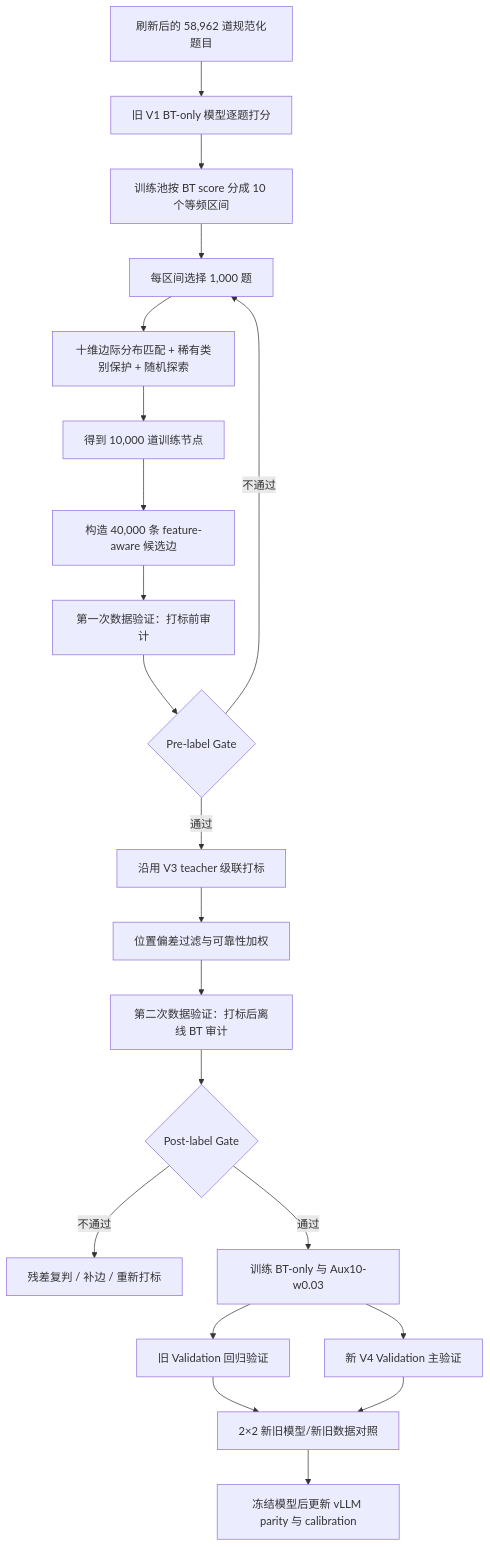
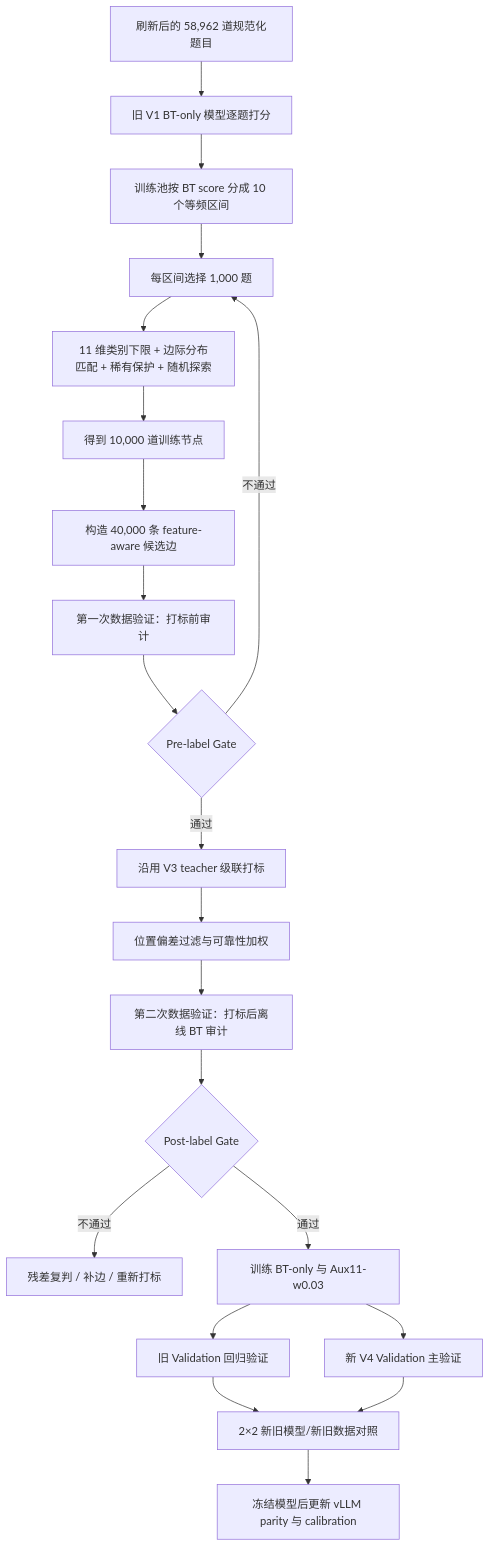
The diagram in docs/v4_10k_40k_expansion_plan.md (wishfine/physics-difficulty-rater), drawn with Mermaid before and after one commit. The commit also changed other lines of this file and 37 other files, not shown here.

````diff
--- a/docs/v4_10k_40k_expansion_plan.md
+++ b/docs/v4_10k_40k_expansion_plan.md
@@ -67,23 +67,23 @@
 ```mermaid
 flowchart TD
     A["刷新后的 58,962 道规范化题目"] --> B["旧 V1 BT-only 模型逐题打分"]
     B --> C["训练池按 BT score 分成 10 个等频区间"]
     C --> D["每区间选择 1,000 题"]
-    D --> E["十维边际分布匹配 + 稀有类别保护 + 随机探索"]
+    D --> E["11 维类别下限 + 边际分布匹配 + 稀有保护 + 随机探索"]
     E --> F["得到 10,000 道训练节点"]
     F --> G["构造 40,000 条 feature-aware 候选边"]
     G --> H["第一次数据验证：打标前审计"]
     H --> I{"Pre-label Gate"}
     I -- "不通过" --> D
     I -- "通过" --> J["沿用 V3 teacher 级联打标"]
     J --> K["位置偏差过滤与可靠性加权"]
     K --> L["第二次数据验证：打标后离线 BT 审计"]
     L --> M{"Post-label Gate"}
     M -- "不通过" --> N["残差复判 / 补边 / 重新打标"]
-    M -- "通过" --> O["训练 BT-only 与 Aux10-w0.03"]
+    M -- "通过" --> O["训练 BT-only 与 Aux11-w0.03"]
     O --> P["旧 Validation 回归验证"]
     O --> Q["新 V4 Validation 主验证"]
     P --> R["2×2 新旧模型/新旧数据对照"]
     Q --> R
     R --> S["冻结模型后更新 vLLM parity 与 calibration"]
 ```
````
